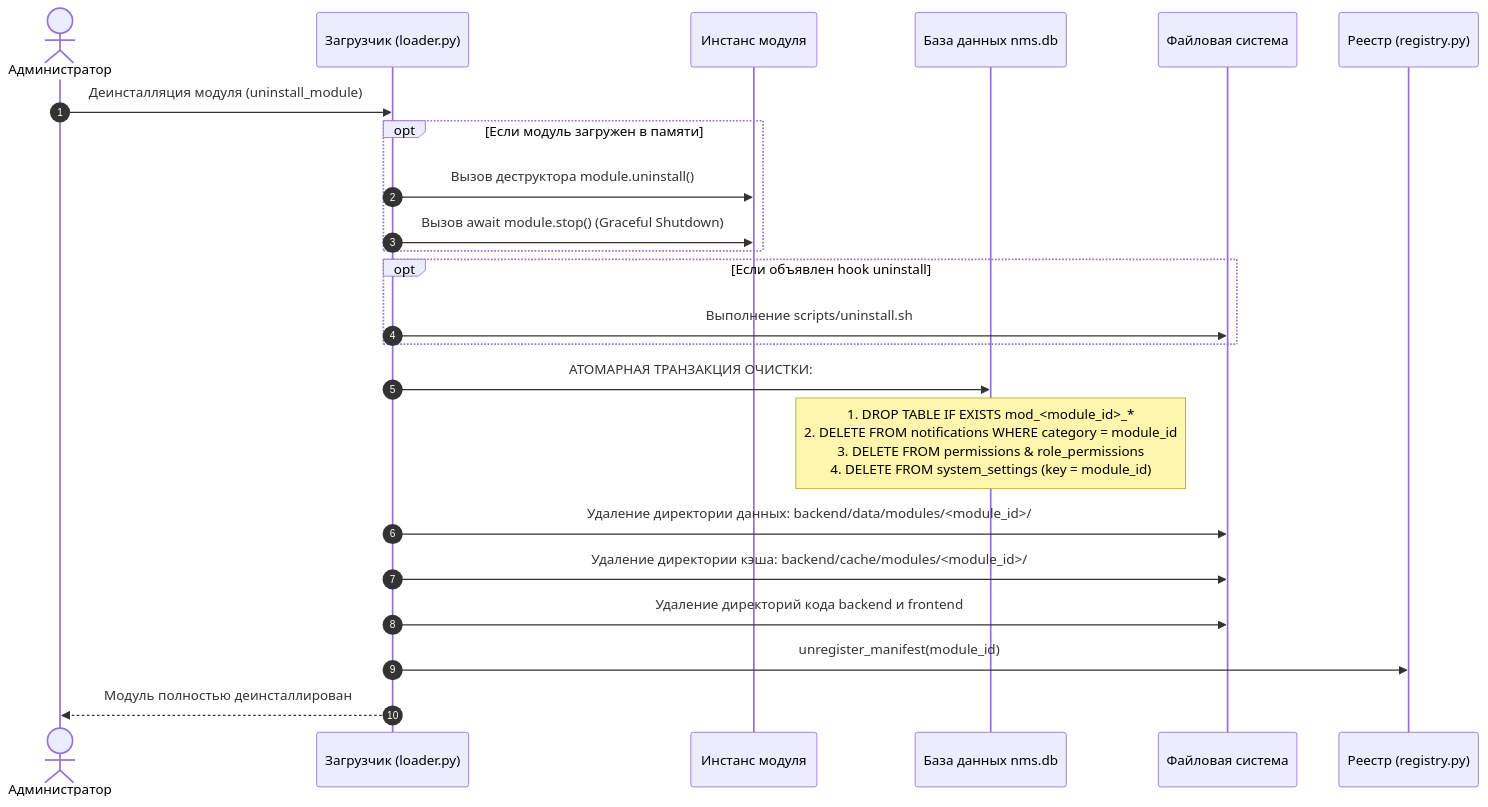
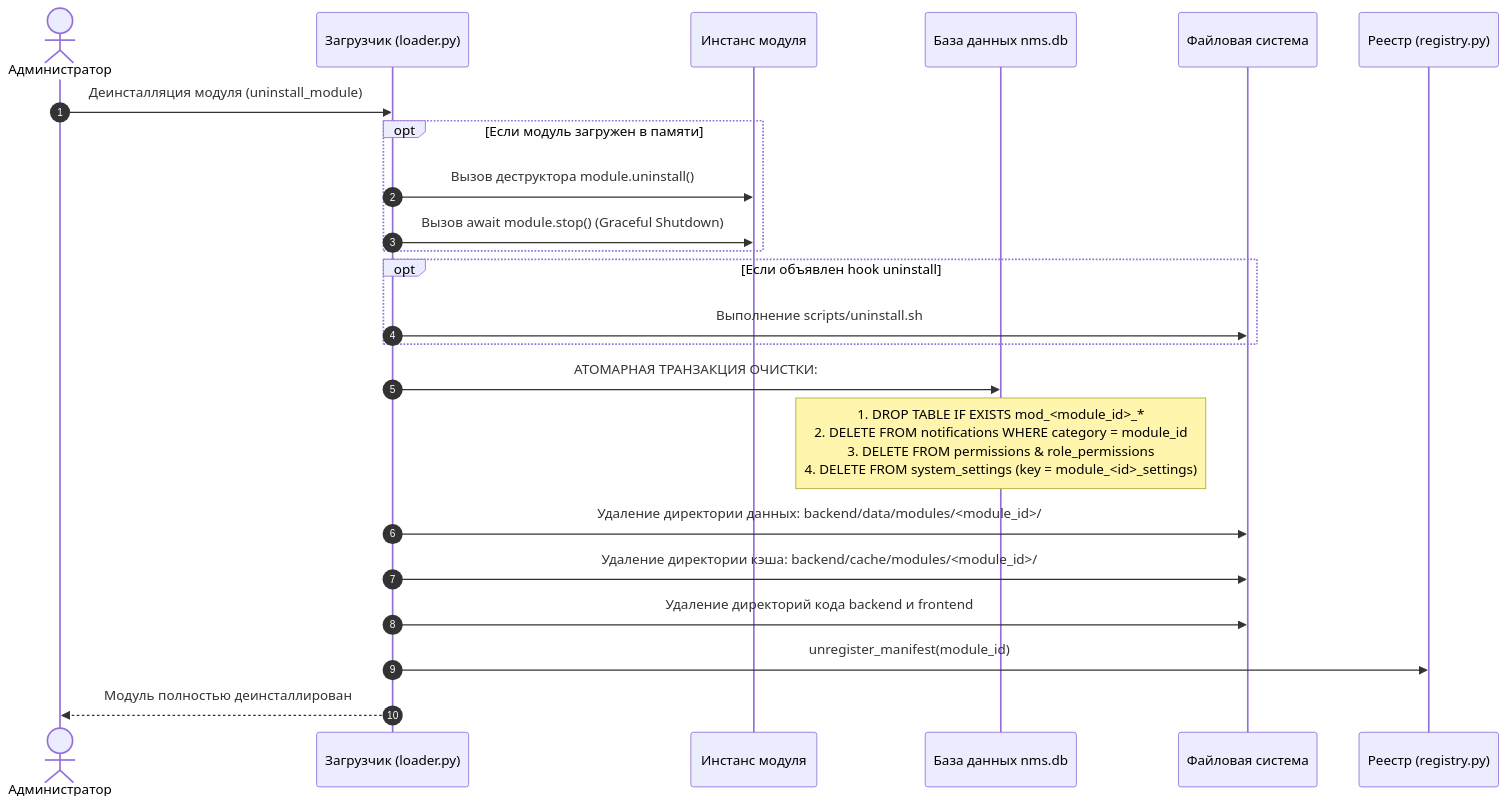
Before and after one commit to Apofixc/nms-webui: the third of 3 diagrams in docs/wiki/03-module-development/02-module-creation-and-api.md, drawn with Mermaid. The commit also changed other lines of this file and 1 other file, not shown here.

Commit message:
docs: update module development documentation for manifest structure and API usage

````diff
--- a/docs/wiki/03-module-development/02-module-creation-and-api.md
+++ b/docs/wiki/03-module-development/02-module-creation-and-api.md
@@ -517,30 +517,30 @@
 ```mermaid
 sequenceDiagram
     autonumber
     actor Admin as Администратор
     participant Loader as Загрузчик (loader.py)
     participant Mod as Инстанс модуля
     participant DB as База данных nms.db
     participant FS as Файловая система
     participant Reg as Реестр (registry.py)
 
     Admin->>Loader: Деинсталляция модуля (uninstall_module)
     
     opt Если модуль загружен в памяти
         Loader->>Mod: Вызов деструктора module.uninstall()
         Loader->>Mod: Вызов await module.stop() (Graceful Shutdown)
     end
 
     opt Если объявлен hook uninstall
         Loader->>FS: Выполнение scripts/uninstall.sh
     end
 
     Loader->>DB: АТОМАРНАЯ ТРАНЗАКЦИЯ ОЧИСТКИ:
-    note over DB: 1. DROP TABLE IF EXISTS mod_<module_id>_*<br/>2. DELETE FROM notifications WHERE category = module_id<br/>3. DELETE FROM permissions & role_permissions<br/>4. DELETE FROM system_settings (key = module_id)
+    note over DB: 1. DROP TABLE IF EXISTS mod_<module_id>_*<br/>2. DELETE FROM notifications WHERE category = module_id<br/>3. DELETE FROM permissions & role_permissions<br/>4. DELETE FROM system_settings (key = module_<id>_settings)
     
     Loader->>FS: Удаление директории данных: backend/data/modules/<module_id>/
     Loader->>FS: Удаление директории кэша: backend/cache/modules/<module_id>/
     Loader->>FS: Удаление директорий кода backend и frontend
     Loader->>Reg: unregister_manifest(module_id)
     Loader-->>Admin: Модуль полностью деинсталлирован
 ```
````
